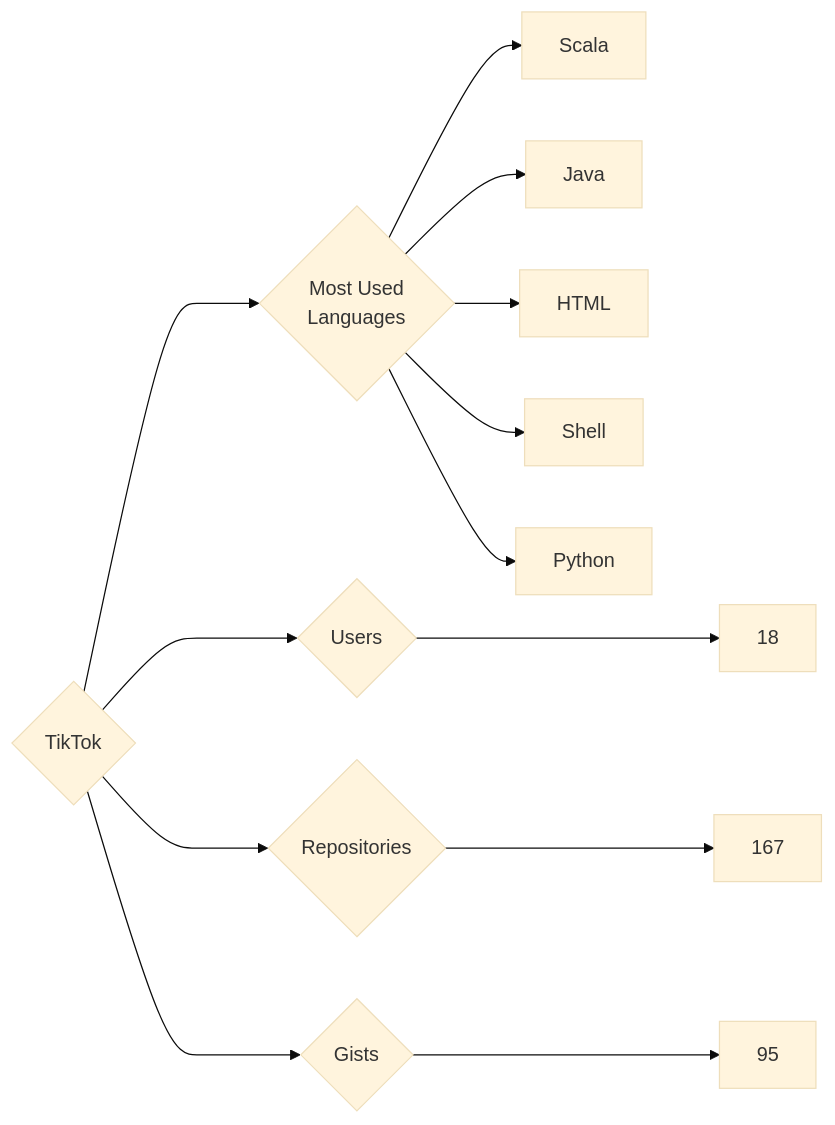
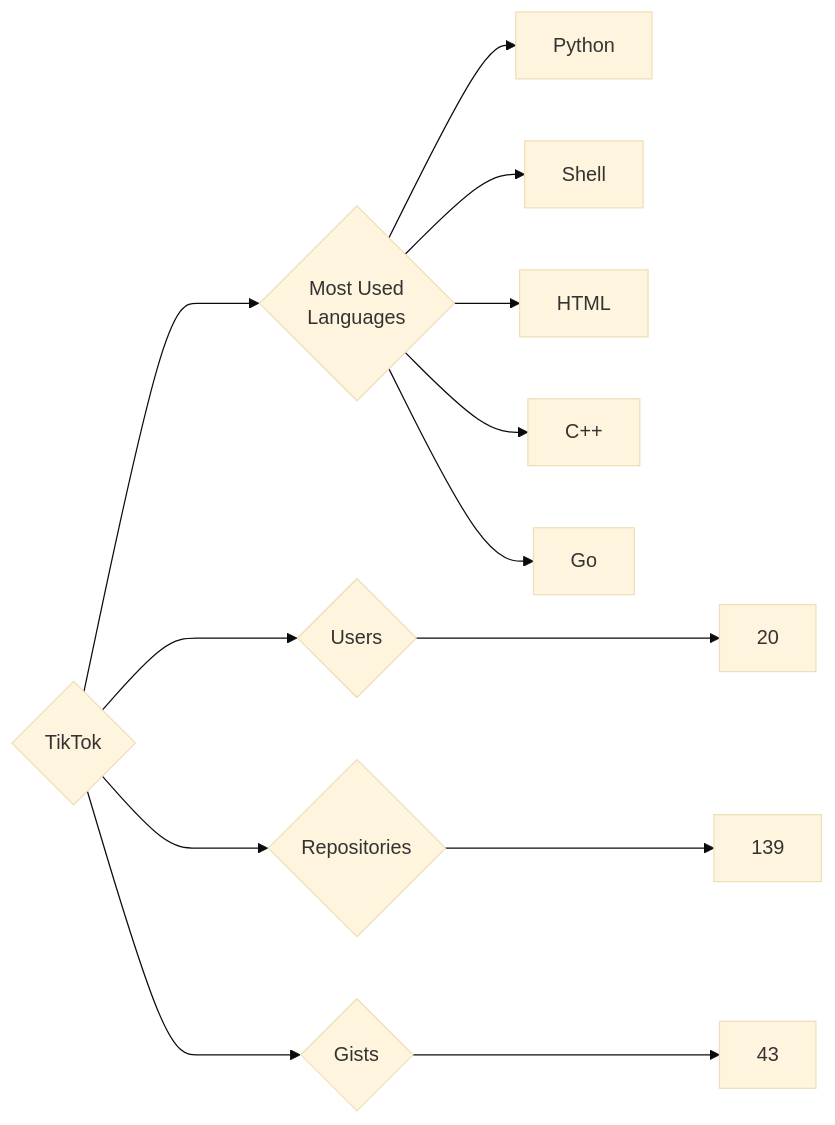
Before and after one commit to trickest/insiders: the diagram in targets/TikTok/README.md, drawn with Mermaid (base theme). The commit also changed 1011 other files, not shown here.

````diff
--- a/targets/TikTok/README.md
+++ b/targets/TikTok/README.md
@@ -3,13 +3,13 @@
 ```mermaid
 graph LR
 COMPANY_NAME{TikTok}
-COMPANY_NAME ---> U{Users} ---> UN[18]
-COMPANY_NAME ---> R{Repositories} ---> RN[167]
-COMPANY_NAME ---> G{Gists} ---> GN[95]
+COMPANY_NAME ---> U{Users} ---> UN[20]
+COMPANY_NAME ---> R{Repositories} ---> RN[139]
+COMPANY_NAME ---> G{Gists} ---> GN[43]
 COMPANY_NAME ---> ML{Most Used<br>Languages}
-ML --> Scala[Scala]
-ML --> Java[Java]
+ML --> Python[Python]
+ML --> Shell[Shell]
 ML --> HTML[HTML]
-ML --> Shell[Shell]
-ML --> Python[Python]
+ML --> C++[C++]
+ML --> Go[Go]
 ```
````
